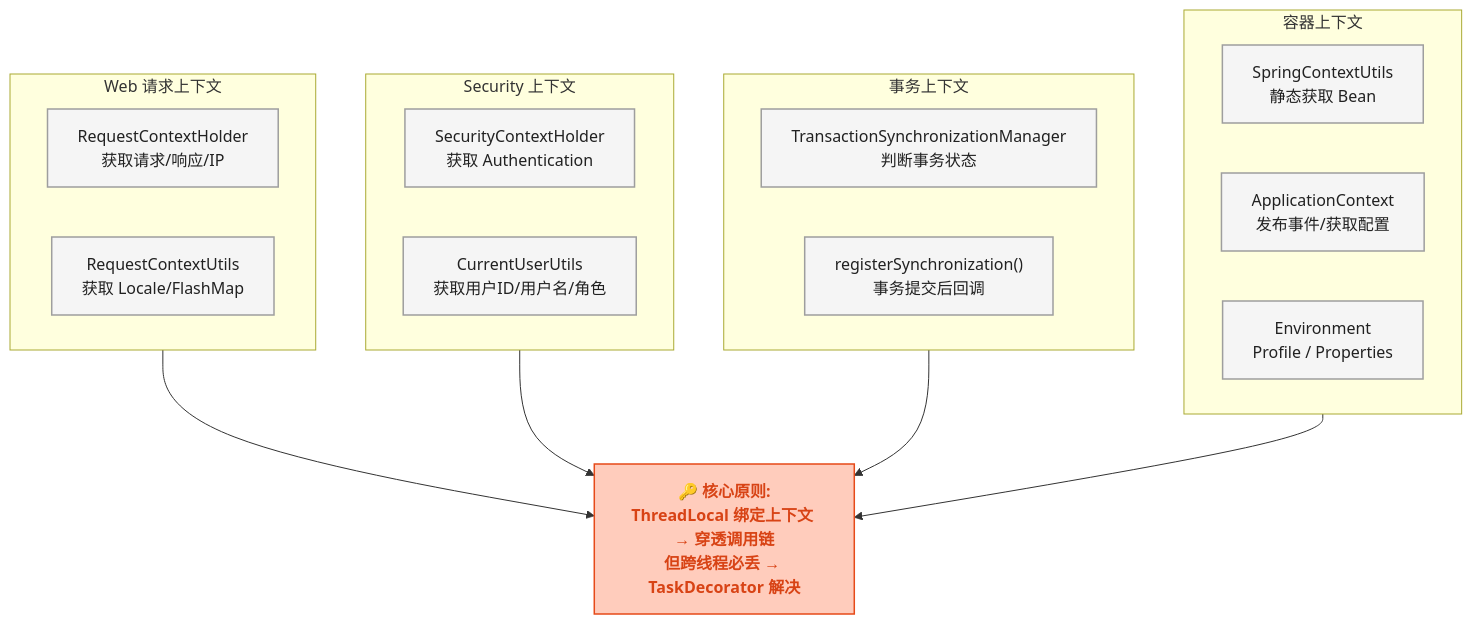
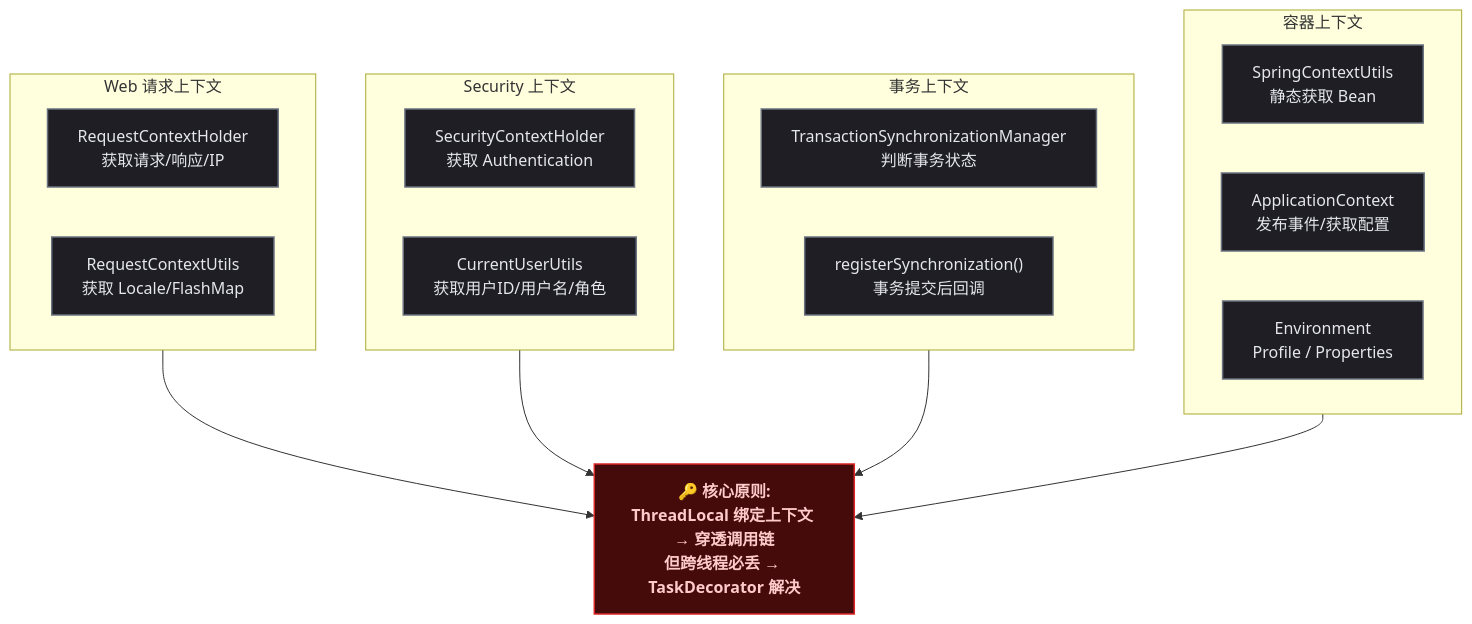
The fifth of 5 diagrams in content/posts/spring/SpringBootContextClasses.md (yaocat55/yaocat55.github.io), drawn with Mermaid before and after one commit. The commit also changed other lines of this file and 155 other files, not shown here.

````diff
--- a/content/posts/spring/SpringBootContextClasses.md
+++ b/content/posts/spring/SpringBootContextClasses.md
@@ -947,35 +947,35 @@
 ```mermaid
 flowchart TD
-    classDef process fill:#F5F5F5,stroke:#9E9E9E,stroke-width:1.5px,color:#212121;
-    classDef highlight fill:#FFCCBC,stroke:#E64A19,stroke-width:1.5px,color:#D84315,font-weight:bold;
-    classDef data fill:#C8E6C9,stroke:#388E3C,stroke-width:1.5px,color:#1B5E20,font-weight:bold;
+classDef process fill:#1e1e24,stroke:#6b7280,stroke-width:1.5px,color:#e5e7eb;
+classDef highlight fill:#450a0a,stroke:#dc2626,stroke-width:1.5px,color:#fecaca,font-weight:bold;
+classDef data fill:#052e16,stroke:#16a34a,stroke-width:1.5px,color:#bbf7d0,font-weight:bold;
 
     subgraph WEB ["Web 请求上下文"]
         W1["RequestContextHolder\n获取请求/响应/IP"]
         W2["RequestContextUtils\n获取 Locale/FlashMap"]
     end
 
     subgraph SECURITY ["Security 上下文"]
         S1["SecurityContextHolder\n获取 Authentication"]
         S2["CurrentUserUtils\n获取用户ID/用户名/角色"]
     end
 
     subgraph TX ["事务上下文"]
         T1["TransactionSynchronizationManager\n判断事务状态"]
         T2["registerSynchronization()\n事务提交后回调"]
     end
 
     subgraph CONTAINER ["容器上下文"]
         C1["SpringContextUtils\n静态获取 Bean"]
         C2["ApplicationContext\n发布事件/获取配置"]
         C3["Environment\nProfile / Properties"]
     end
 
     WEB --> PRINCIPLE["🔑 核心原则:\nThreadLocal 绑定上下文 → 穿透调用链\n但跨线程必丢 → TaskDecorator 解决"]
     SECURITY --> PRINCIPLE
     TX --> PRINCIPLE
     CONTAINER --> PRINCIPLE
 
     class W1,W2,S1,S2,T1,T2,C1,C2,C3 process;
     class PRINCIPLE highlight;
 ```
````
